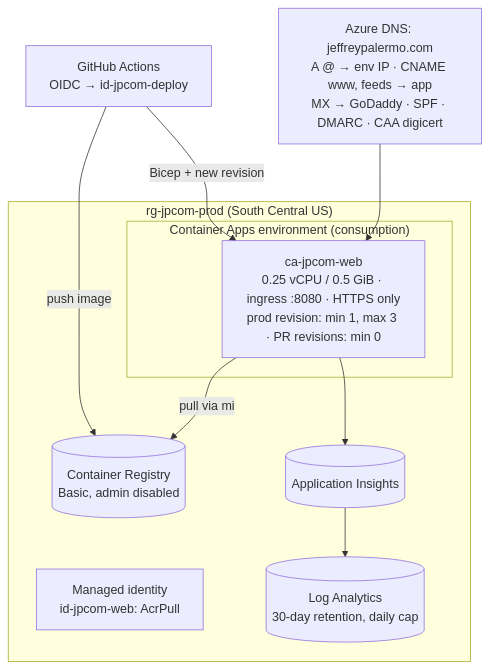
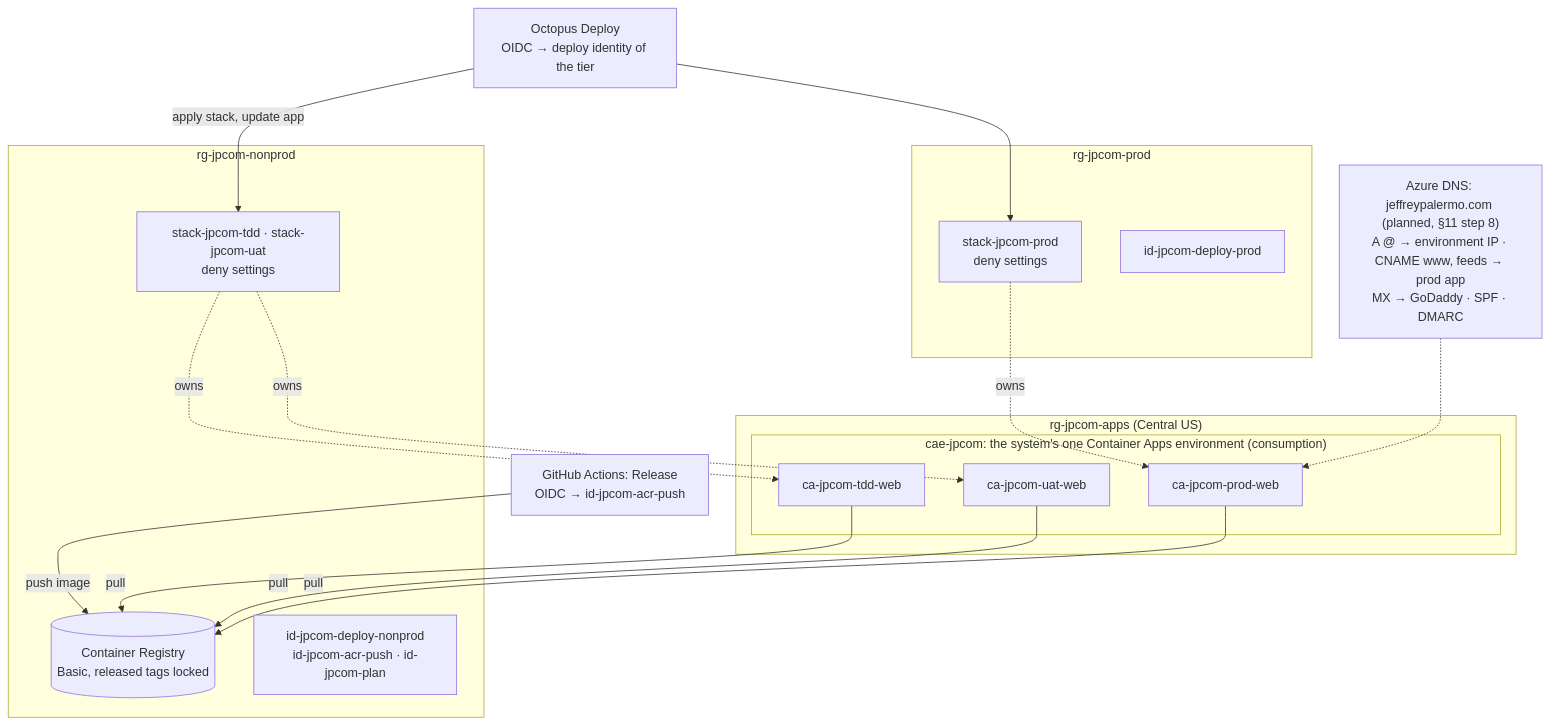
Before and after one commit to jeffreypalermo-sites/jeffreypalermo.com: the sixth of 7 diagrams in docs/architecture/README.md, drawn with Mermaid. The commit also changed other lines of this file and 16 other files, not shown here.

First line of the commit message:
Deliver through the demo-environment-kit GitOps system (ADR-0006)

````diff
--- a/docs/architecture/README.md
+++ b/docs/architecture/README.md
@@ -329,18 +336,30 @@
 ```mermaid
 flowchart TB
-    dns["Azure DNS: jeffreypalermo.com<br/>A @ → env IP · CNAME www, feeds → app<br/>MX → GoDaddy · SPF · DMARC · CAA digicert"]
-    subgraph rg["rg-jpcom-prod (South Central US)"]
-        acr[(Container Registry<br/>Basic, admin disabled)]
-        mi[Managed identity<br/>id-jpcom-web: AcrPull]
-        subgraph env["Container Apps environment (consumption)"]
-            app["ca-jpcom-web<br/>0.25 vCPU / 0.5 GiB · ingress :8080 · HTTPS only<br/>prod revision: min 1, max 3 · PR revisions: min 0"]
+    dns["Azure DNS: jeffreypalermo.com (planned, §11 step 8)<br/>A @ → environment IP · CNAME www, feeds → prod app<br/>MX → GoDaddy · SPF · DMARC"]
+    subgraph apps["rg-jpcom-apps (Central US)"]
+        subgraph env["cae-jpcom: the system's one Container Apps environment (consumption)"]
+            tdd["ca-jpcom-tdd-web"]
+            uat["ca-jpcom-uat-web"]
+            prod["ca-jpcom-prod-web"]
         end
-        law[(Log Analytics<br/>30-day retention, daily cap)]
-        ai[(Application Insights)]
     end
-    gha[GitHub Actions<br/>OIDC → id-jpcom-deploy] -- push image --> acr
-    gha -- Bicep + new revision --> app
-    app -- pull via mi --> acr
-    app --> ai --> law
-    dns --> app
+    subgraph nonprod["rg-jpcom-nonprod"]
+        acr[(Container Registry<br/>Basic, released tags locked)]
+        s1["stack-jpcom-tdd · stack-jpcom-uat<br/>deny settings"]
+        idn["id-jpcom-deploy-nonprod<br/>id-jpcom-acr-push · id-jpcom-plan"]
+    end
+    subgraph prodrg["rg-jpcom-prod"]
+        s2["stack-jpcom-prod<br/>deny settings"]
+        idp["id-jpcom-deploy-prod"]
+    end
+    gha[GitHub Actions: Release<br/>OIDC → id-jpcom-acr-push] -- push image --> acr
+    octo[Octopus Deploy<br/>OIDC → deploy identity of the tier] -- apply stack, update app --> s1
+    octo --> s2
+    s1 -. owns .-> tdd
+    s1 -. owns .-> uat
+    s2 -. owns .-> prod
+    tdd -- pull --> acr
+    uat -- pull --> acr
+    prod -- pull --> acr
+    dns -.-> prod
 ```
````
